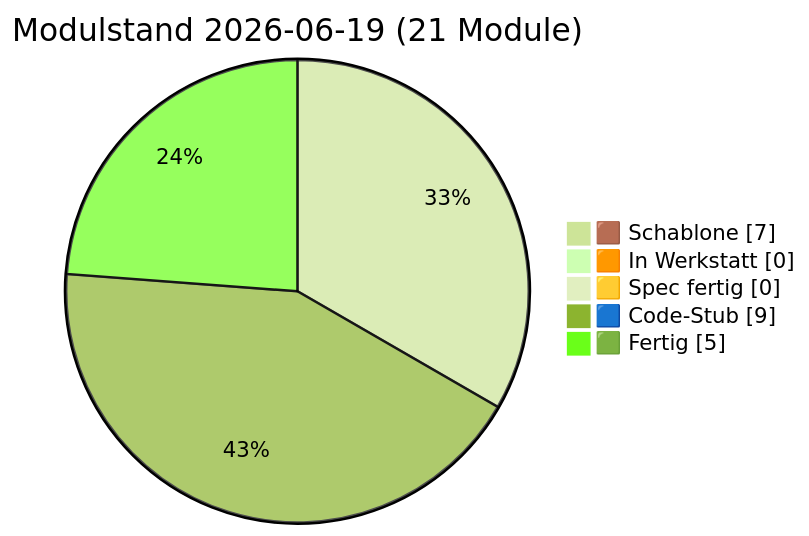
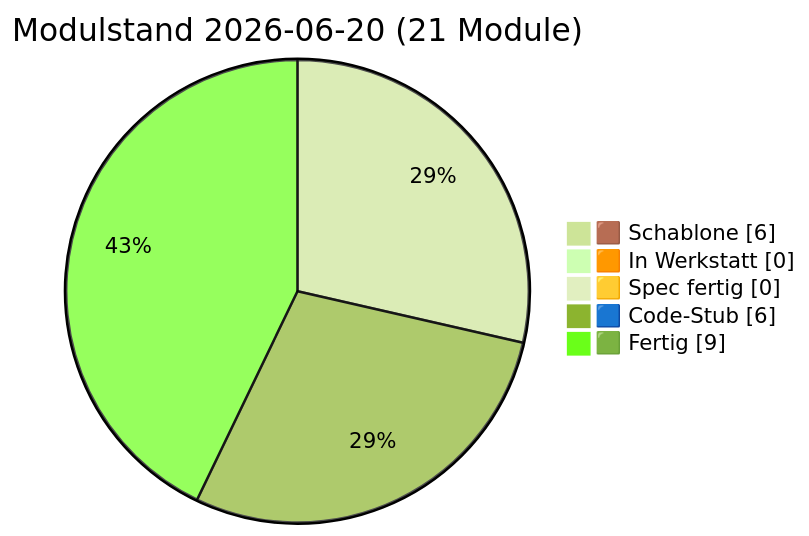
Before and after one commit to lausiklauskn-png/Sage-Protokol: the diagram in docs/PULS.md, drawn with Mermaid (forest theme). The commit also changed other lines of this file and 7 other files, not shown here.

````diff
--- a/docs/PULS.md
+++ b/docs/PULS.md
@@ -21,9 +21,9 @@
 ```mermaid
 pie showData
-  title Modulstand 2026-06-19 (21 Module)
-  "🟫 Schablone" : 7
+  title Modulstand 2026-06-20 (21 Module)
+  "🟫 Schablone" : 6
   "🟧 In Werkstatt" : 0
   "🟨 Spec fertig" : 0
-  "🟦 Code-Stub" : 9
-  "🟩 Fertig" : 5
+  "🟦 Code-Stub" : 6
+  "🟩 Fertig" : 9
 ```
````
